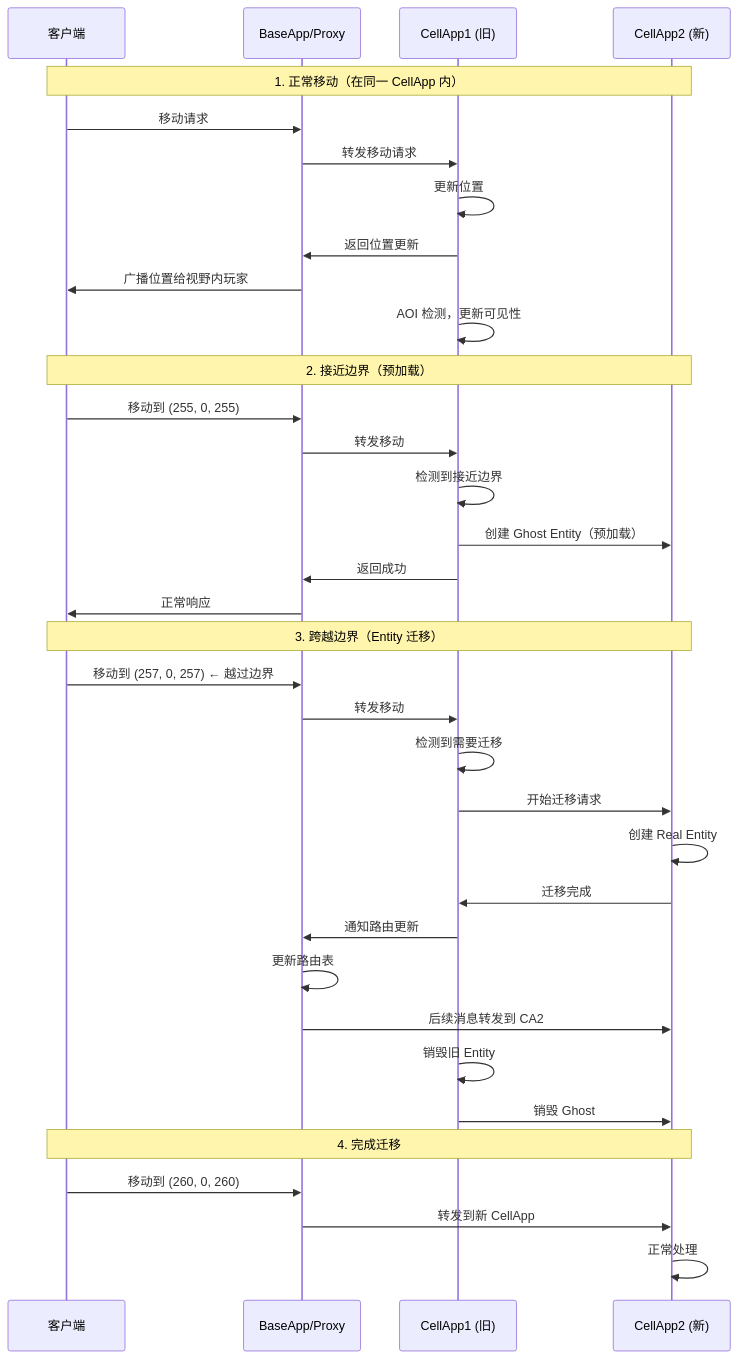
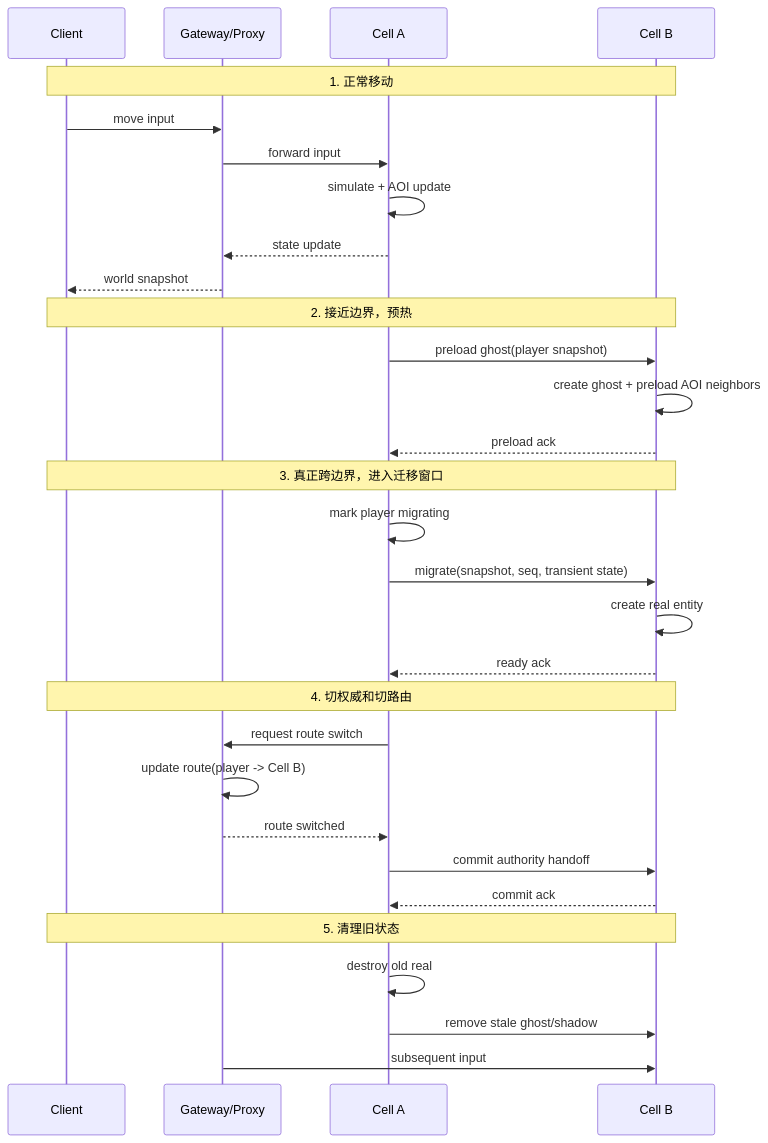
One commit to cuihairu/apollo changed the diagram in docs/qa/q4-seamless-world.md. Above: the diagram before and after it, drawn with Mermaid. The commit also changed other lines of this file and 4 other files, not shown here.

Commit message:
Improve MMO architecture QA docs

````diff
--- a/docs/qa/q4-seamless-world.md
+++ b/docs/qa/q4-seamless-world.md
@@ -172,44 +267,37 @@
 ```mermaid
 sequenceDiagram
-    participant C as 客户端
-    participant BA as BaseApp/Proxy
-    participant CA1 as CellApp1 (旧)
-    participant CA2 as CellApp2 (新)
+    participant Client as Client
+    participant Proxy as Gateway/Proxy
+    participant CA as Cell A
+    participant CB as Cell B
 
-    Note over C,CA2: 1. 正常移动（在同一 CellApp 内）
-    C->>BA: 移动请求
-    BA->>CA1: 转发移动请求
-    CA1->>CA1: 更新位置
-    CA1->>BA: 返回位置更新
-    BA->>C: 广播位置给视野内玩家
-    CA1->>CA1: AOI 检测，更新可见性
+    Note over Client,CB: 1. 正常移动
+    Client->>Proxy: move input
+    Proxy->>CA: forward input
+    CA->>CA: simulate + AOI update
+    CA-->>Proxy: state update
+    Proxy-->>Client: world snapshot
 
-    Note over C,CA2: 2. 接近边界（预加载）
-    C->>BA: 移动到 (255, 0, 255)
-    BA->>CA1: 转发移动
-    CA1->>CA1: 检测到接近边界
-    CA1->>CA2: 创建 Ghost Entity（预加载）
-    CA1->>BA: 返回成功
-    BA->>C: 正常响应
+    Note over Client,CB: 2. 接近边界，预热
+    CA->>CB: preload ghost(player snapshot)
+    CB->>CB: create ghost + preload AOI neighbors
+    CB-->>CA: preload ack
 
-    Note over C,CA2: 3. 跨越边界（Entity 迁移）
-    C->>BA: 移动到 (257, 0, 257) ← 越过边界
-    BA->>CA1: 转发移动
-    CA1->>CA1: 检测到需要迁移
+    Note over Client,CB: 3. 真正跨边界，进入迁移窗口
+    CA->>CA: mark player migrating
+    CA->>CB: migrate(snapshot, seq, transient state)
+    CB->>CB: create real entity
+    CB-->>CA: ready ack
 
-    CA1->>CA2: 开始迁移请求
-    CA2->>CA2: 创建 Real Entity
-    CA2->>CA1: 迁移完成
+    Note over Client,CB: 4. 切权威和切路由
+    CA->>Proxy: request route switch
+    Proxy->>Proxy: update route(player -> Cell B)
+    Proxy-->>CA: route switched
+    CA->>CB: commit authority handoff
+    CB-->>CA: commit ack
 
-    CA1->>BA: 通知路由更新
-    BA->>BA: 更新路由表
-    BA->>CA2: 后续消息转发到 CA2
-
-    CA1->>CA1: 销毁旧 Entity
-    CA1->>CA2: 销毁 Ghost
-
-    Note over C,CA2: 4. 完成迁移
-    C->>BA: 移动到 (260, 0, 260)
-    BA->>CA2: 转发到新 CellApp
-    CA2->>CA2: 正常处理
+    Note over Client,CB: 5. 清理旧状态
+    CA->>CA: destroy old real
+    CA->>CB: remove stale ghost/shadow
+    Proxy->>CB: subsequent input
 ```
````
